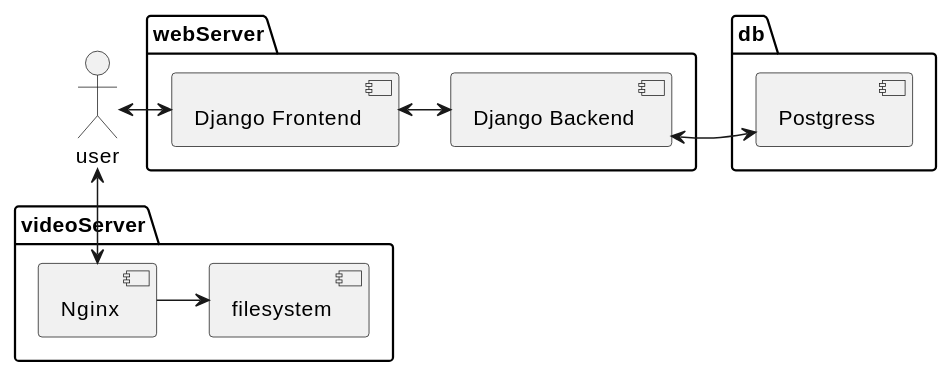
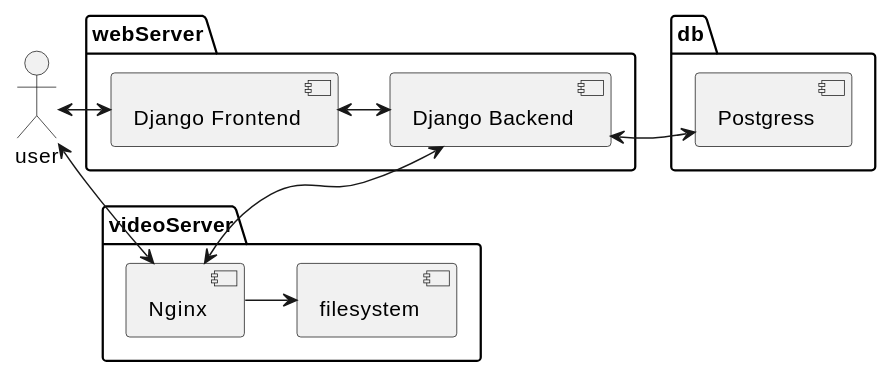
The diagram in docs/diagramaDeArquitectura.md (warleon/IS-project), drawn with PlantUML before and after one commit. The commit also changed 2 other files, not shown here.

Commit message:
update architecture diagram

````diff
--- a/docs/diagramaDeArquitectura.md
+++ b/docs/diagramaDeArquitectura.md
@@ -1,32 +1,33 @@
 ```plantuml
 @startuml
 actor user
 
 package webServer{
 component frontend[
 Django Frontend
 ]
 component backend[
 Django Backend
 ]
 }
 
 package videoServer{
 component Nginx
 component filesystem
 }
 
 package db{
 component psql[
 Postgress
 ]
 }
 
 
 user <-> frontend
 user <--> Nginx
 frontend <-> backend
 backend <-> psql
 Nginx -> filesystem
+backend <-> Nginx
 @enduml
 ```
````
